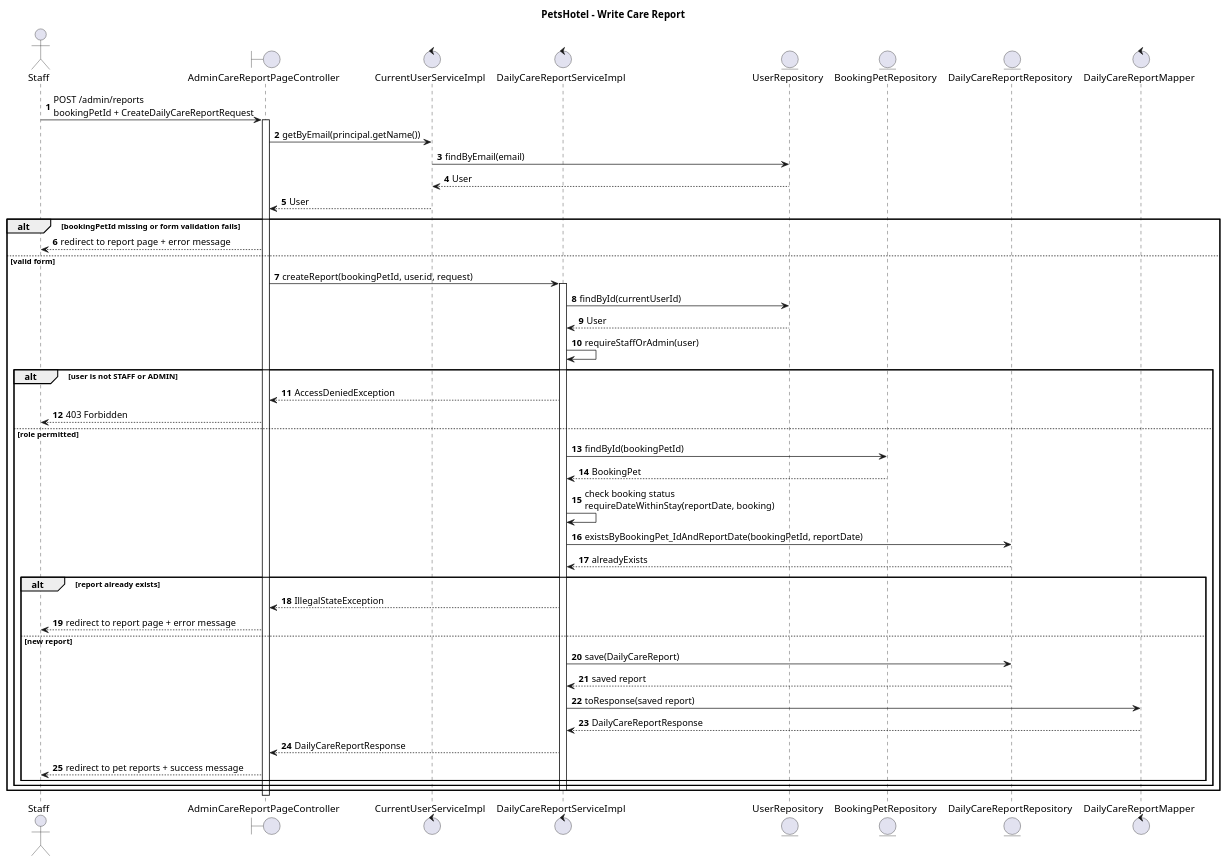
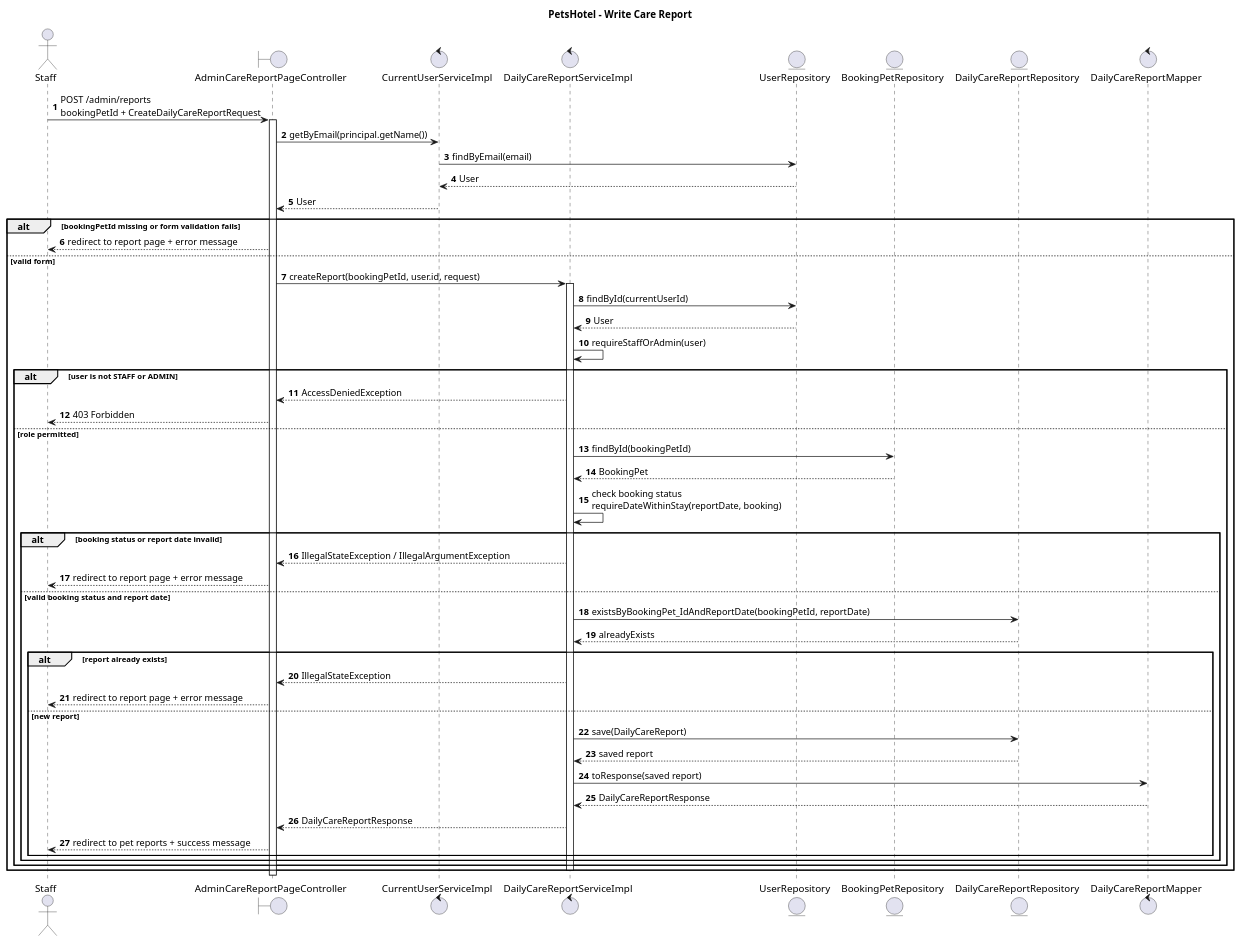
Before and after one commit to Tanut-oam/PetsHotel_Project: the diagram in doc/diagrams/sequence-daily-care.puml, drawn with PlantUML. The commit also changed 1 other file, not shown here.

Commit message:
docs: show care report validation failures in sequence diagram

```diff
--- a/doc/diagrams/sequence-daily-care.puml
+++ b/doc/diagrams/sequence-daily-care.puml
@@ -1,58 +1,64 @@
 @startuml sequence-daily-care
 title PetsHotel - Write Care Report
 
 skinparam defaultFontName "Tahoma"
 skinparam shadowing false
 autonumber
 
 actor "Staff" as Staff
 boundary "AdminCareReportPageController" as Page
 control "CurrentUserServiceImpl" as CurrentUser
 control "DailyCareReportServiceImpl" as ReportService
 entity "UserRepository" as Users
 entity "BookingPetRepository" as BookingPets
 entity "DailyCareReportRepository" as Reports
 control "DailyCareReportMapper" as Mapper
 
 Staff -> Page : POST /admin/reports\nbookingPetId + CreateDailyCareReportRequest
 activate Page
 Page -> CurrentUser : getByEmail(principal.getName())
 CurrentUser -> Users : findByEmail(email)
 Users --> CurrentUser : User
 CurrentUser --> Page : User
 
 alt bookingPetId missing or form validation fails
   Page --> Staff : redirect to report page + error message
 else valid form
   Page -> ReportService : createReport(bookingPetId, user.id, request)
   activate ReportService
   ReportService -> Users : findById(currentUserId)
   Users --> ReportService : User
   ReportService -> ReportService : requireStaffOrAdmin(user)
 
   alt user is not STAFF or ADMIN
     ReportService --> Page : AccessDeniedException
     Page --> Staff : 403 Forbidden
   else role permitted
     ReportService -> BookingPets : findById(bookingPetId)
     BookingPets --> ReportService : BookingPet
     ReportService -> ReportService : check booking status\nrequireDateWithinStay(reportDate, booking)
-    ReportService -> Reports : existsByBookingPet_IdAndReportDate(bookingPetId, reportDate)
-    Reports --> ReportService : alreadyExists
 
-    alt report already exists
-      ReportService --> Page : IllegalStateException
+    alt booking status or report date invalid
+      ReportService --> Page : IllegalStateException / IllegalArgumentException
       Page --> Staff : redirect to report page + error message
-    else new report
-      ReportService -> Reports : save(DailyCareReport)
-      Reports --> ReportService : saved report
-      ReportService -> Mapper : toResponse(saved report)
-      Mapper --> ReportService : DailyCareReportResponse
-      ReportService --> Page : DailyCareReportResponse
-      Page --> Staff : redirect to pet reports + success message
+    else valid booking status and report date
+      ReportService -> Reports : existsByBookingPet_IdAndReportDate(bookingPetId, reportDate)
+      Reports --> ReportService : alreadyExists
+
+      alt report already exists
+        ReportService --> Page : IllegalStateException
+        Page --> Staff : redirect to report page + error message
+      else new report
+        ReportService -> Reports : save(DailyCareReport)
+        Reports --> ReportService : saved report
+        ReportService -> Mapper : toResponse(saved report)
+        Mapper --> ReportService : DailyCareReportResponse
+        ReportService --> Page : DailyCareReportResponse
+        Page --> Staff : redirect to pet reports + success message
+      end
     end
   end
   deactivate ReportService
 end
 deactivate Page
 @enduml
```
